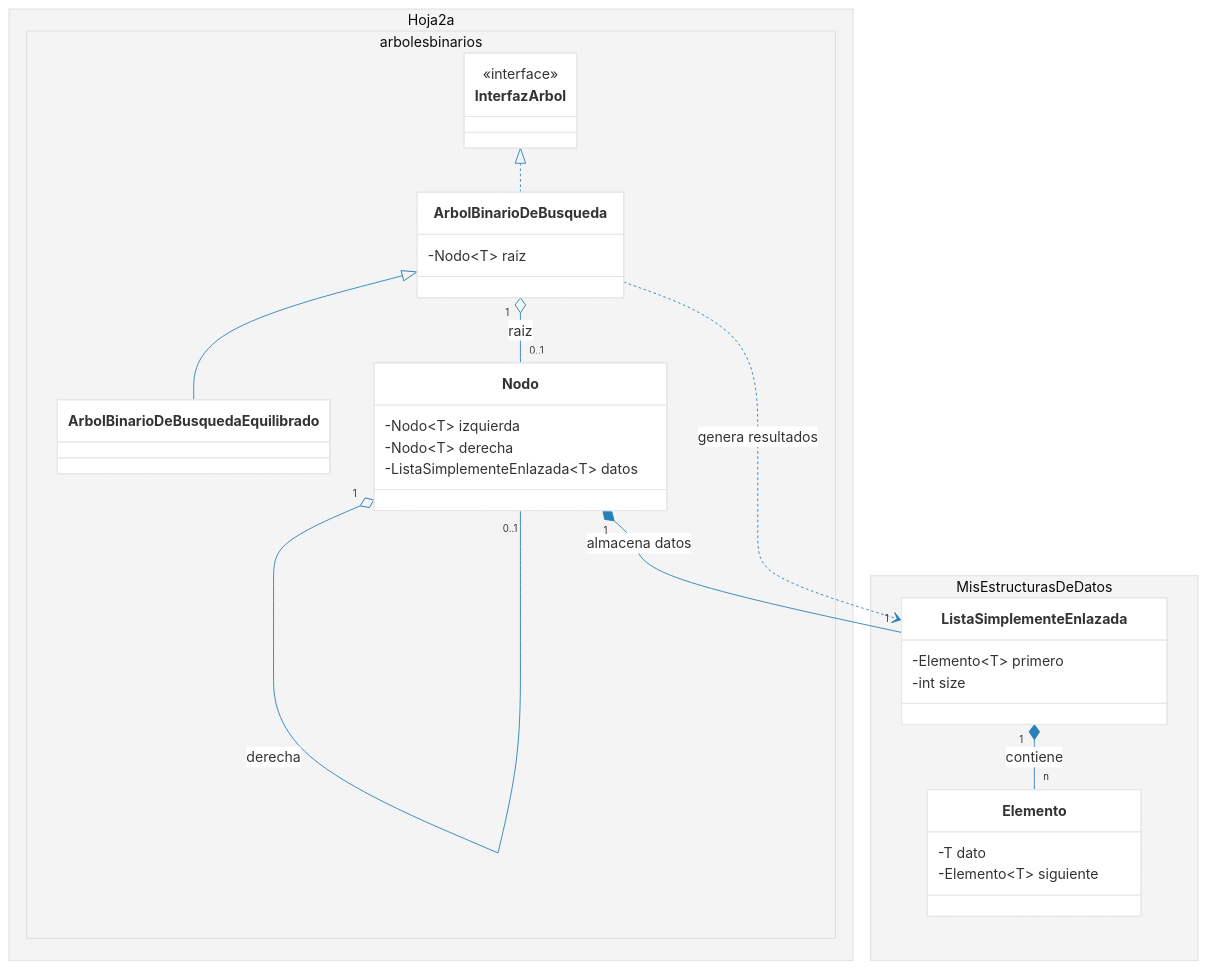
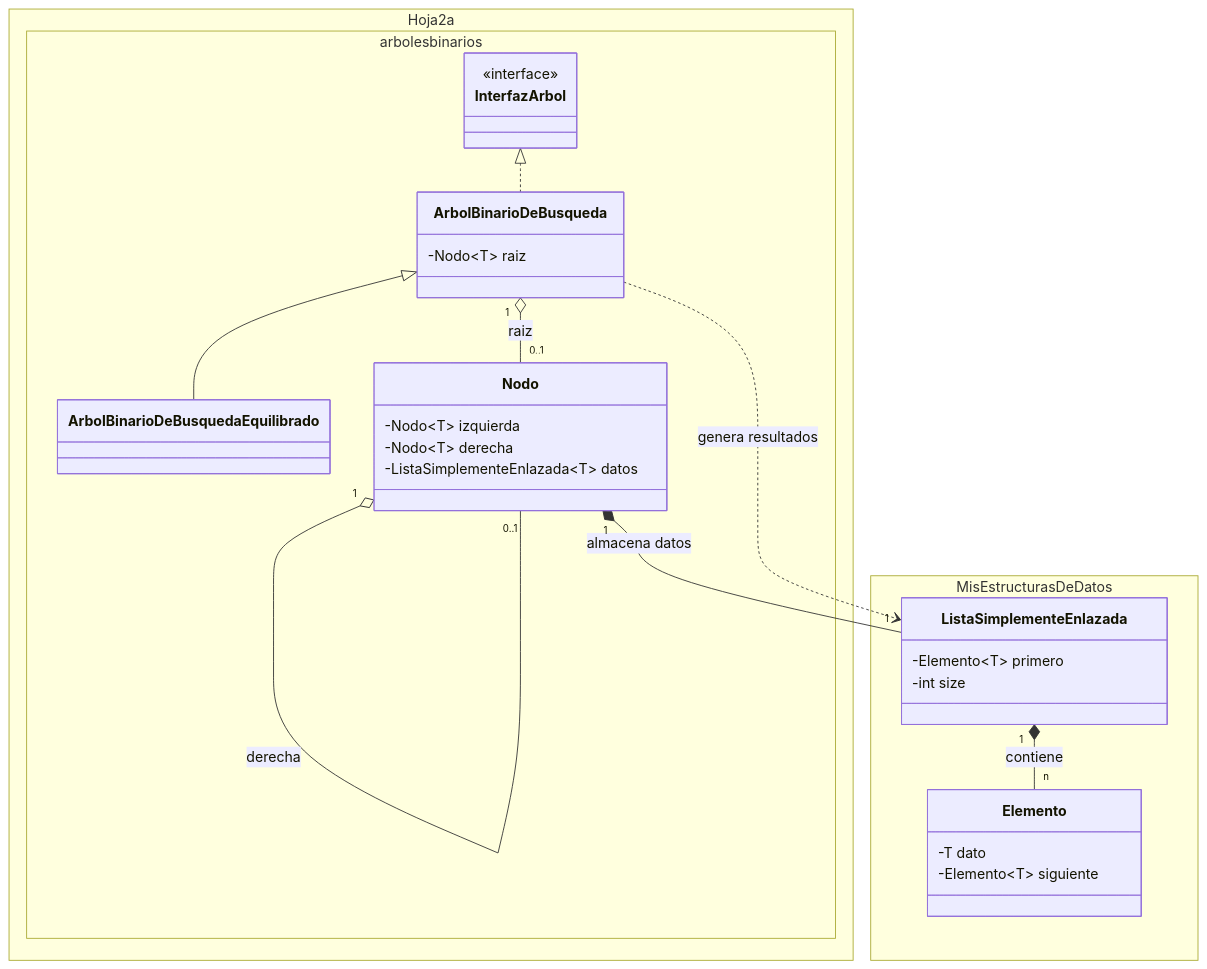
Before and after one commit to Marinakis14/Estructuras-De-Datos-Practica2: the first of 2 diagrams in README.md, drawn with Mermaid. The commit also changed other lines of this file, not shown here.

Commit message:
Otro ligero cambio al diagrama del README.md

````diff
--- a/README.md
+++ b/README.md
@@ -20,53 +20,52 @@
 ```mermaid
-%%{init: {'theme': 'base', 'themeVariables': { 'primaryColor': '#ffffff', 'edgeColor': '#27ae60', 'lineColor': '#2980b9', 'tertiaryColor': '#f4f4f4'}}}%%
 classDiagram
 direction TB
 
     %% ARBOL
 
     %% Jerarquía de Clases
     InterfazArbol <|.. ArbolBinarioDeBusqueda
     ArbolBinarioDeBusqueda <|-- ArbolBinarioDeBusquedaEquilibrado
 
     namespace Hoja2a.arbolesbinarios {
         class InterfazArbol {
             <<interface>>
         }
     
         class ArbolBinarioDeBusqueda {
             -Nodo~T~ raiz
         }
     
         class ArbolBinarioDeBusquedaEquilibrado {
             %% Clase especializada en balanceo (AVL/Red-Black)
         }
     
         class Nodo {
             -Nodo~T~ izquierda
             -Nodo~T~ derecha
             -ListaSimplementeEnlazada~T~ datos
         }
     }
 
     namespace MisEstructurasDeDatos {
         class ListaSimplementeEnlazada {
             -Elemento~T~ primero
             -int size
         }
     
         class Elemento {
             -T dato
             -Elemento~T~ siguiente
         }
     }
 
     %% Relaciones Estructurales
     ArbolBinarioDeBusqueda "1" o-- "0..1" Nodo : raiz
     Nodo "1" o-- "0..1" Nodo : izquierda
     Nodo "1" o-- "0..1" Nodo : derecha
     Nodo "1" *-- "1" ListaSimplementeEnlazada : almacena datos
     
     %% Relaciones de Dependencia (para dar robustez al diagrama)
     ArbolBinarioDeBusqueda ..> ListaSimplementeEnlazada : genera resultados
     ListaSimplementeEnlazada "1" *-- "n" Elemento : contiene
 ```
````
